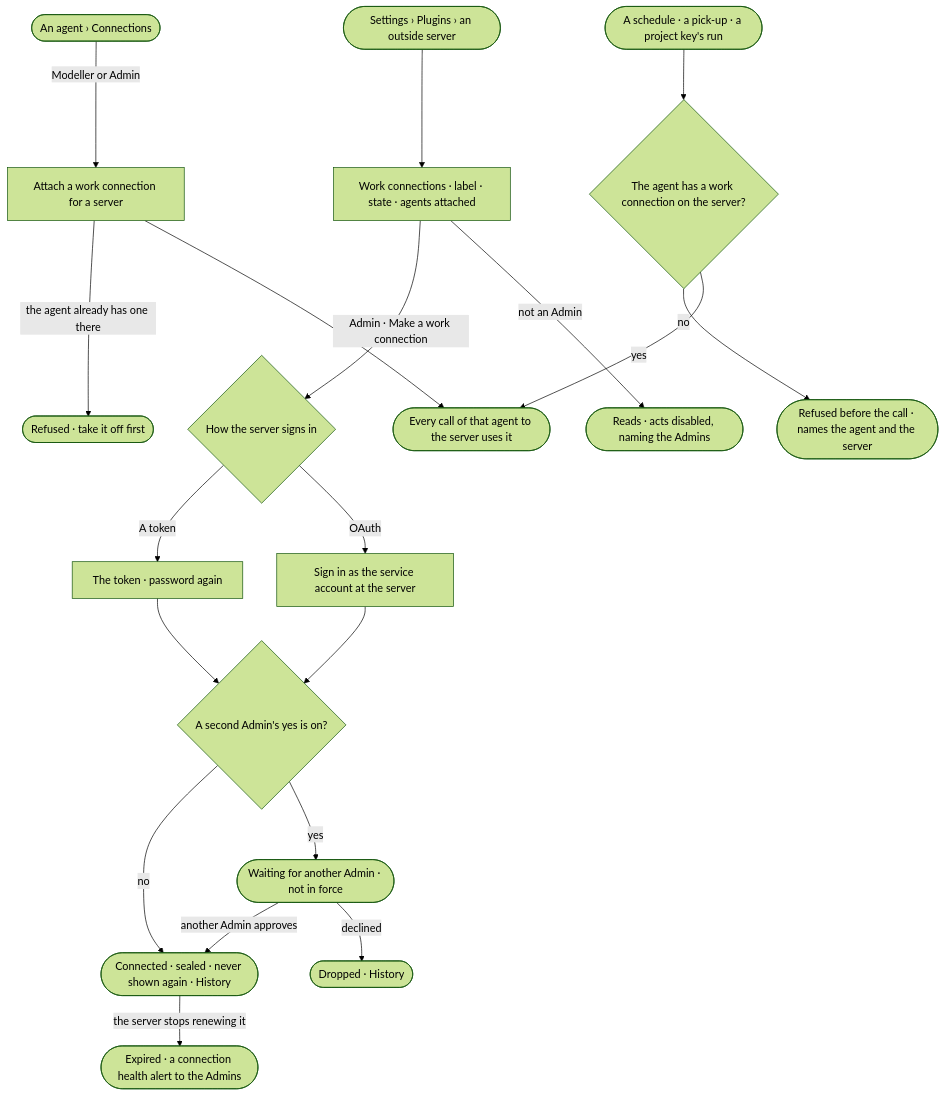
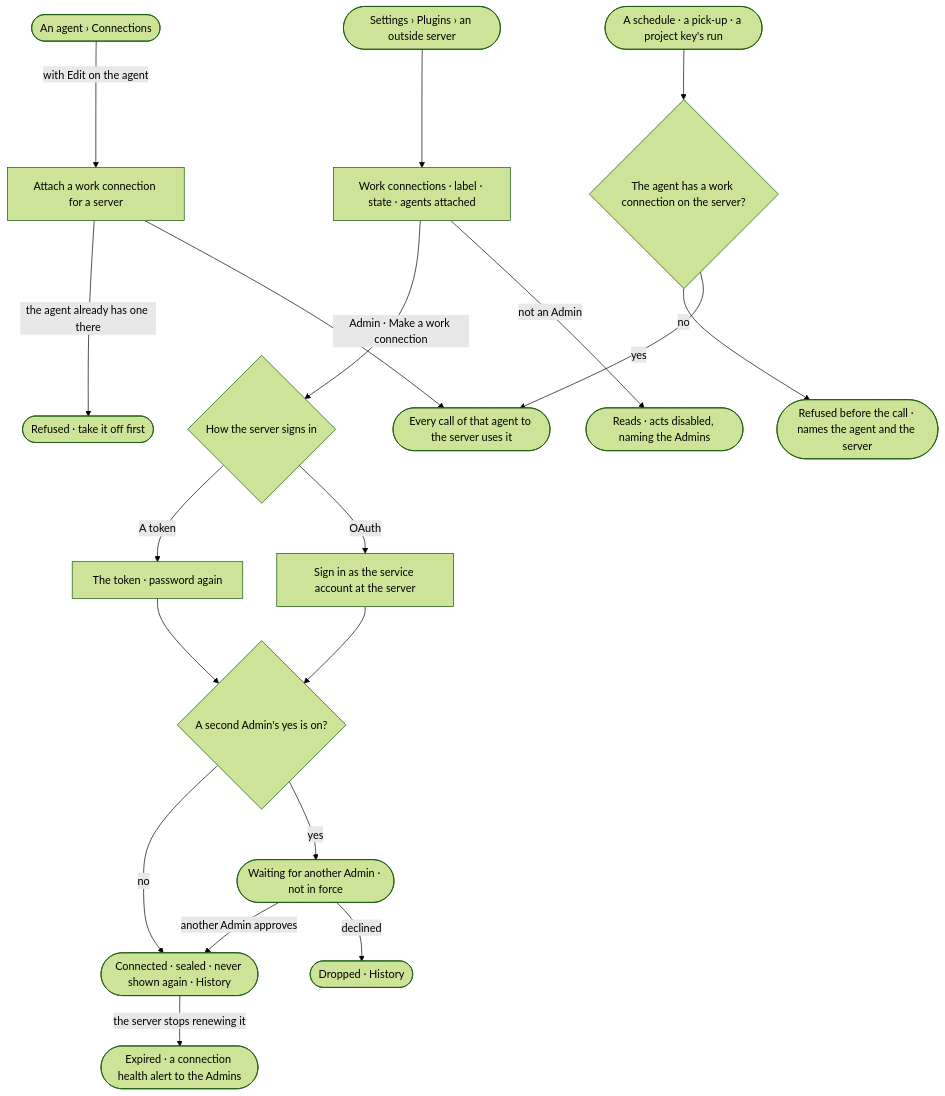
The diagram in specs/os/control/features/CP-F02-plugins-and-outside-tools/stories/CP-62-make-a-work-connection-and-attach-it-to-agents/story.md (invana/invana), drawn with Mermaid (forest theme) before and after one commit. The commit also changed other lines of this file and 228 other files, not shown here.

````diff
--- a/specs/os/control/features/CP-F02-plugins-and-outside-tools/stories/CP-62-make-a-work-connection-and-attach-it-to-agents/story.md
+++ b/specs/os/control/features/CP-F02-plugins-and-outside-tools/stories/CP-62-make-a-work-connection-and-attach-it-to-agents/story.md
@@ -29,21 +29,21 @@
 ```mermaid
 flowchart TD
   s([Settings › Plugins › an outside server]) --> l["Work connections · label · state · agents attached"]
   l -->|Admin · Make a work connection| m{"How the server signs in"}
   m -->|A token| tk["The token · password again"]
   m -->|OAuth| oa["Sign in as the service account at the server"]
   tk --> sv{"A second Admin's yes is on?"}
   oa --> sv
   sv -->|no| ok(["Connected · sealed · never shown again · History"])
   sv -->|yes| aw(["Waiting for another Admin · not in force"])
   aw -->|another Admin approves| ok
   aw -->|declined| dc(["Dropped · History"])
-  a([An agent › Connections]) -->|Modeller or Admin| at["Attach a work connection for a server"]
+  a([An agent › Connections]) -->|with Edit on the agent| at["Attach a work connection for a server"]
   at -->|the agent already has one there| one(["Refused · take it off first"])
   at --> used(["Every call of that agent to the server uses it"])
   r([A schedule · a pick-up · a project key's run]) --> need{"The agent has a work connection on the server?"}
   need -->|no| rf(["Refused before the call · names the agent and the server"])
   need -->|yes| used
   ok -->|the server stops renewing it| ex(["Expired · a connection health alert to the Admins"])
   l -->|not an Admin| ro(["Reads · acts disabled, naming the Admins"])
 ```
````
